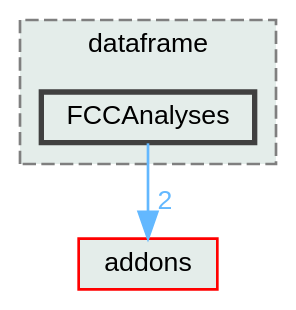
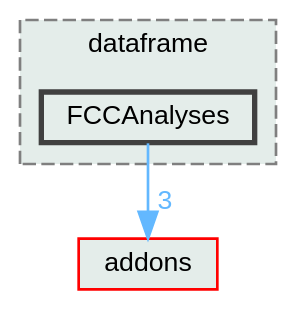
One commit to FCC-LLP/FCCAnalyses changed the diagram in doc/latest/dir_cb7b6eb9215e3f84f34d01fe0347dc1b_dep.dot. Above: the diagram before and after it, drawn with Graphviz. The commit also changed 58 other files, not shown here.

```diff
--- a/doc/latest/dir_cb7b6eb9215e3f84f34d01fe0347dc1b_dep.dot
+++ b/doc/latest/dir_cb7b6eb9215e3f84f34d01fe0347dc1b_dep.dot
@@ -1,14 +1,14 @@
 digraph "analyzers/dataframe/FCCAnalyses"
 {
  // LATEX_PDF_SIZE
   bgcolor="transparent";
   edge [fontname=Helvetica,fontsize=10,labelfontname=Helvetica,labelfontsize=10];
   node [fontname=Helvetica,fontsize=10,shape=box,height=0.2,width=0.4];
   compound=true
   subgraph clusterdir_80d0d0eb77b8b32422d353741e959c30 {
     graph [ bgcolor="#e4edea", pencolor="grey50", label="dataframe", fontname=Helvetica,fontsize=10 style="filled,dashed", URL="dir_80d0d0eb77b8b32422d353741e959c30.html",tooltip=""]
   dir_cb7b6eb9215e3f84f34d01fe0347dc1b [label="FCCAnalyses", fillcolor="#e4edea", color="grey25", style="filled,bold", URL="dir_cb7b6eb9215e3f84f34d01fe0347dc1b.html",tooltip=""];
   }
   dir_1233bc0a3e869c10318208e4553a4fcb [label="addons", fillcolor="#e4edea", color="red", style="filled", URL="dir_1233bc0a3e869c10318208e4553a4fcb.html",tooltip=""];
-  dir_cb7b6eb9215e3f84f34d01fe0347dc1b->dir_1233bc0a3e869c10318208e4553a4fcb [headlabel="2", labeldistance=1.5 headhref="dir_000006_000000.html" href="dir_000006_000000.html" color="steelblue1" fontcolor="steelblue1"];
+  dir_cb7b6eb9215e3f84f34d01fe0347dc1b->dir_1233bc0a3e869c10318208e4553a4fcb [headlabel="3", labeldistance=1.5 headhref="dir_000006_000000.html" href="dir_000006_000000.html" color="steelblue1" fontcolor="steelblue1"];
 }
```
